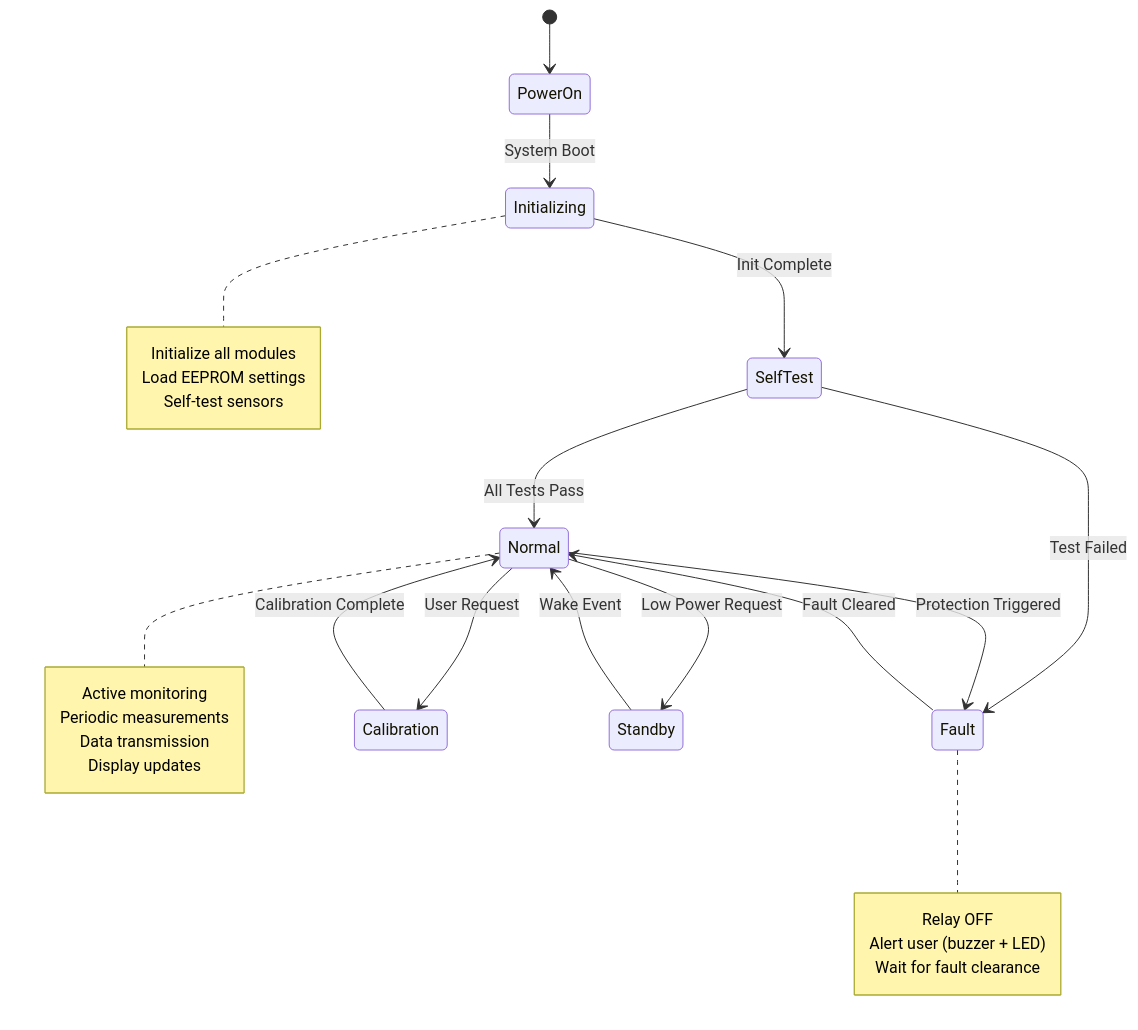
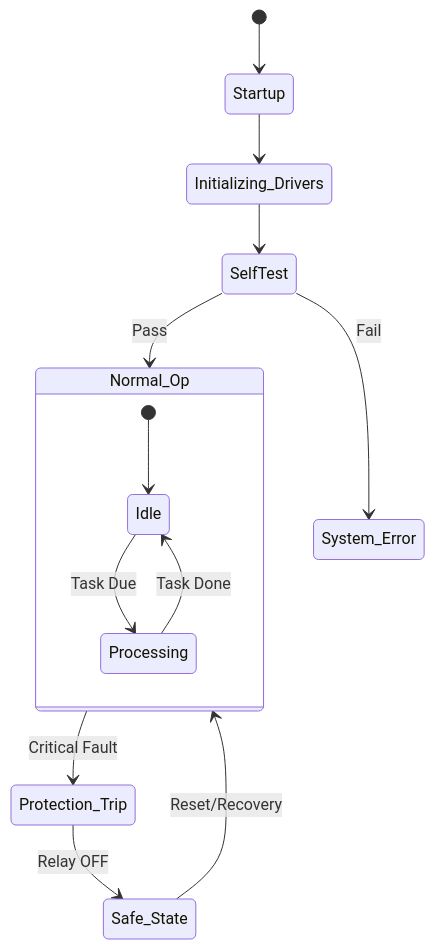
Before and after one commit to Gestell-Solution/Smart_Energy_Management_System: the second of 2 diagrams in Doc/Embedded/New/06_ImplementationDoc/Software_Layers/Application_Layer/System_Controller/System_Controller.md, drawn with Mermaid. The commit also changed other lines of this file and 30 other files, not shown here.

````diff
--- a/Doc/Embedded/New/06_ImplementationDoc/Software_Layers/Application_Layer/System_Controller/System_Controller.md
+++ b/Doc/Embedded/New/06_ImplementationDoc/Software_Layers/Application_Layer/System_Controller/System_Controller.md
@@ -143,38 +91,21 @@
 ```mermaid
 stateDiagram-v2
-    [*] --> PowerOn
+    [*] --> Startup
 
-    PowerOn --> Initializing: System Boot
-    Initializing --> SelfTest: Init Complete
+    Startup --> Initializing_Drivers
+    Initializing_Drivers --> SelfTest
 
-    SelfTest --> Normal: All Tests Pass
-    SelfTest --> Fault: Test Failed
+    SelfTest --> Normal_Op: Pass
+    SelfTest --> System_Error: Fail
 
-    Normal --> Calibration: User Request
-    Calibration --> Normal: Calibration Complete
+    state Normal_Op {
+        [*] --> Idle
+        Idle --> Processing: Task Due
+        Processing --> Idle: Task Done
+    }
 
-    Normal --> Fault: Protection Triggered
-    Fault --> Normal: Fault Cleared
+    Normal_Op --> Protection_Trip: Critical Fault
+    Protection_Trip --> Safe_State: Relay OFF
 
-    Normal --> Standby: Low Power Request
-    Standby --> Normal: Wake Event
-
-    note right of Initializing
-        Initialize all modules
-        Load EEPROM settings
-        Self-test sensors
-    end note
-
-    note right of Normal
-        Active monitoring
-        Periodic measurements
-        Data transmission
-        Display updates
-    end note
-
-    note right of Fault
-        Relay OFF
-        Alert user (buzzer + LED)
-        Wait for fault clearance
-    end note
+    Safe_State --> Normal_Op: Reset/Recovery
 ```
````
